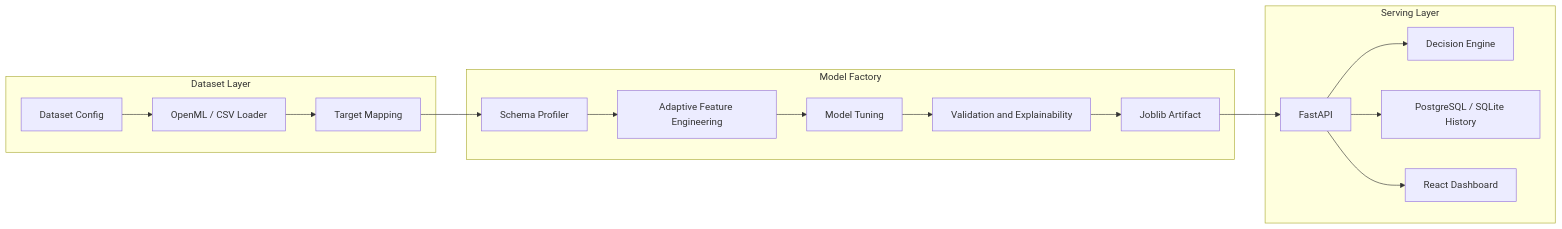
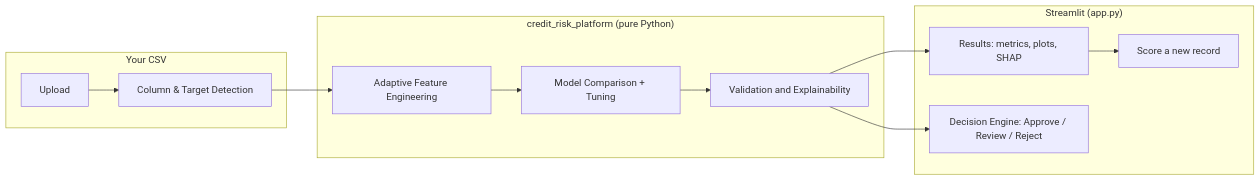
One commit to AgrmRana/Credit-Risk changed the first of 2 diagrams in README.md. Above: the diagram before and after it, drawn with Mermaid. The commit also changed other lines of this file and 56 other files, not shown here.

````diff
--- a/README.md
+++ b/README.md
@@ -13,20 +22,16 @@
 ```mermaid
 flowchart LR
-    subgraph Data["Dataset Layer"]
-        A["Dataset Config"] --> B["OpenML / CSV Loader"]
-        B --> C["Target Mapping"]
+    subgraph Input["Your CSV"]
+        A["Upload"] --> B["Column & Target Detection"]
     end
-    subgraph ML["Model Factory"]
-        C --> D["Schema Profiler"]
-        D --> E["Adaptive Feature Engineering"]
-        E --> F["Model Tuning"]
-        F --> G["Validation and Explainability"]
-        G --> H["Joblib Artifact"]
+    subgraph Engine["credit_risk_platform (pure Python)"]
+        B --> C["Adaptive Feature Engineering"]
+        C --> D["Model Comparison + Tuning"]
+        D --> E["Validation and Explainability"]
     end
-    subgraph Serving["Serving Layer"]
-        H --> I["FastAPI"]
-        I --> J["Decision Engine"]
-        I --> K["PostgreSQL / SQLite History"]
-        I --> L["React Dashboard"]
+    subgraph UI["Streamlit (app.py)"]
+        E --> F["Results: metrics, plots, SHAP"]
+        E --> G["Decision Engine: Approve / Review / Reject"]
+        F --> H["Score a new record"]
     end
 ```
````
